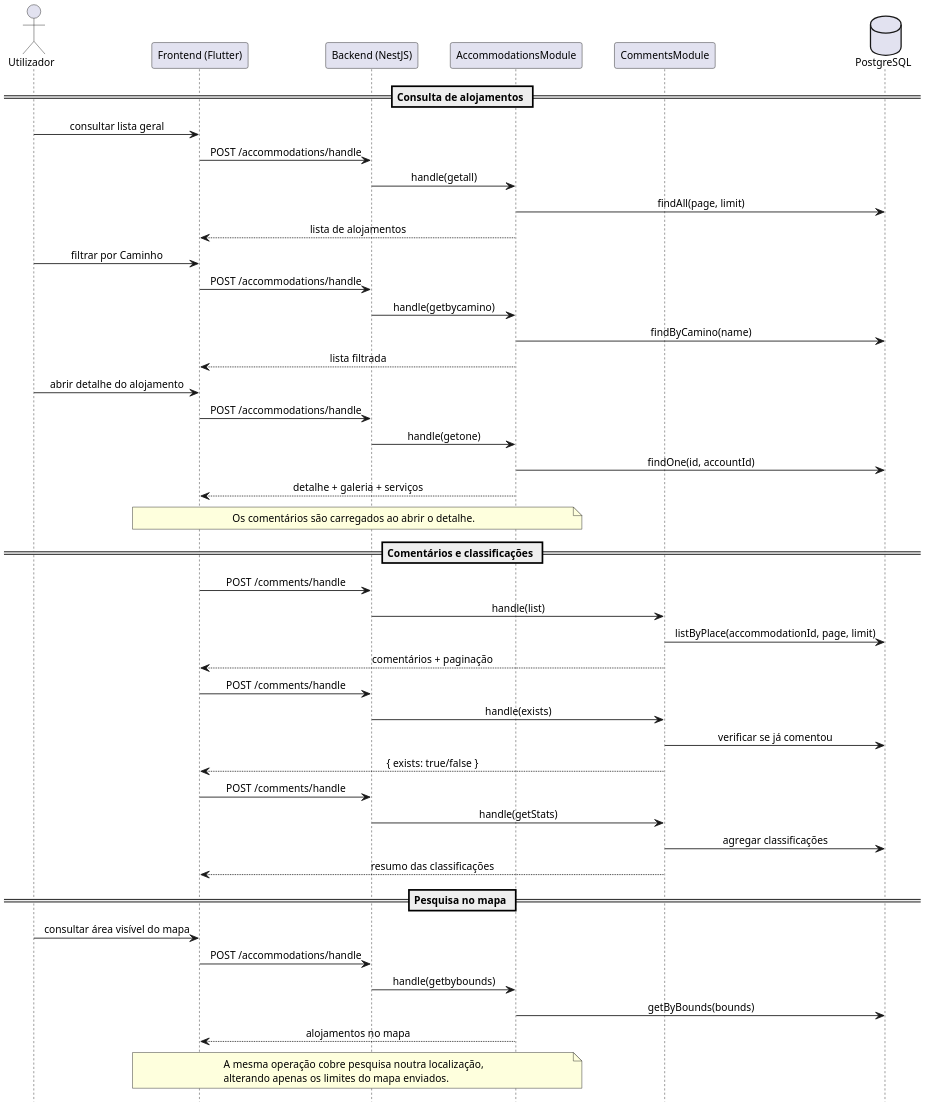
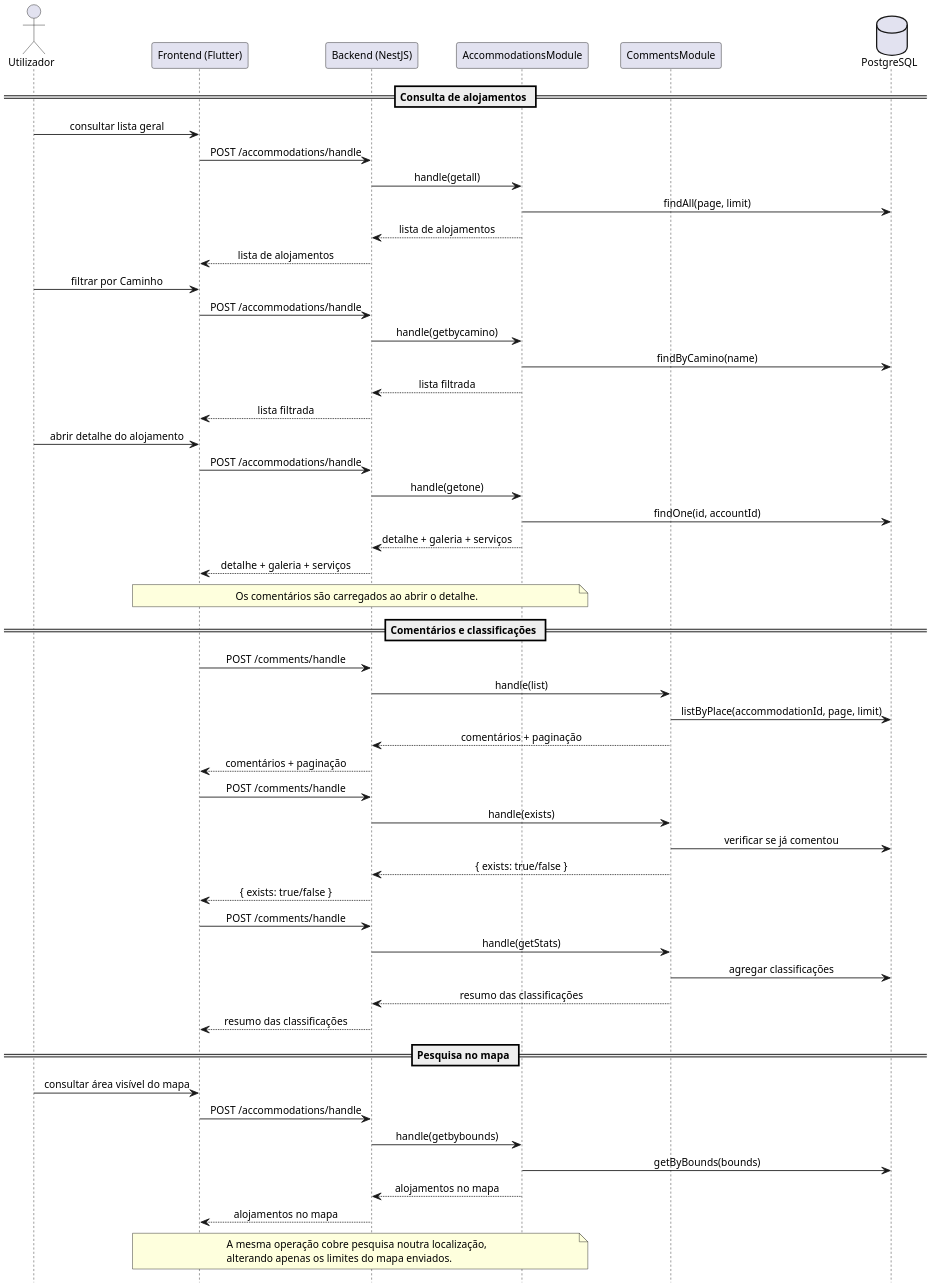
Before and after one commit to alegna83/cookbook-be: the diagram in docs/diagrams/communication-accommodation-flow.puml, drawn with PlantUML. The commit also changed 1 other file, not shown here.

Commit message:
communication-accommodation-flow

```diff
--- a/docs/diagrams/communication-accommodation-flow.puml
+++ b/docs/diagrams/communication-accommodation-flow.puml
@@ -1,75 +1,82 @@
 @startuml
 hide footbox
 skinparam defaultFontName Arial
 skinparam defaultFontSize 12
 skinparam dpi 190
 skinparam maxMessageSize 240
 skinparam sequence {
   ParticipantPadding 14
   BoxPadding 8
   MessageAlign center
   ArrowThickness 1
 }
 
 actor Utilizador
 participant "Frontend (Flutter)" as FE
 participant "Backend (NestJS)" as BE
 participant "AccommodationsModule" as AccommodationsModule
 participant "CommentsModule" as CommentsModule
 database "PostgreSQL" as DB
 
 == Consulta de alojamentos ==
 
 Utilizador -> FE : consultar lista geral
 FE -> BE : POST /accommodations/handle
 BE -> AccommodationsModule : handle(getall)
 AccommodationsModule -> DB : findAll(page, limit)
-AccommodationsModule --> FE : lista de alojamentos
+AccommodationsModule --> BE : lista de alojamentos
+BE --> FE : lista de alojamentos
 
 Utilizador -> FE : filtrar por Caminho
 FE -> BE : POST /accommodations/handle
 BE -> AccommodationsModule : handle(getbycamino)
 AccommodationsModule -> DB : findByCamino(name)
-AccommodationsModule --> FE : lista filtrada
+AccommodationsModule --> BE : lista filtrada
+BE --> FE : lista filtrada
 
 Utilizador -> FE : abrir detalhe do alojamento
 FE -> BE : POST /accommodations/handle
 BE -> AccommodationsModule : handle(getone)
 AccommodationsModule -> DB : findOne(id, accountId)
-AccommodationsModule --> FE : detalhe + galeria + serviços
+AccommodationsModule --> BE : detalhe + galeria + serviços
+BE --> FE : detalhe + galeria + serviços
 
 note over FE,AccommodationsModule
   Os comentários são carregados ao abrir o detalhe.
 end note
 
 == Comentários e classificações ==
 
 FE -> BE : POST /comments/handle
 BE -> CommentsModule : handle(list)
 CommentsModule -> DB : listByPlace(accommodationId, page, limit)
-CommentsModule --> FE : comentários + paginação
+CommentsModule --> BE : comentários + paginação
+BE --> FE : comentários + paginação
 
 FE -> BE : POST /comments/handle
 BE -> CommentsModule : handle(exists)
 CommentsModule -> DB : verificar se já comentou
-CommentsModule --> FE : { exists: true/false }
+CommentsModule --> BE : { exists: true/false }
+BE --> FE : { exists: true/false }
 
 FE -> BE : POST /comments/handle
 BE -> CommentsModule : handle(getStats)
 CommentsModule -> DB : agregar classificações
-CommentsModule --> FE : resumo das classificações
+CommentsModule --> BE : resumo das classificações
+BE --> FE : resumo das classificações
 
 == Pesquisa no mapa ==
 
 Utilizador -> FE : consultar área visível do mapa
 FE -> BE : POST /accommodations/handle
 BE -> AccommodationsModule : handle(getbybounds)
 AccommodationsModule -> DB : getByBounds(bounds)
-AccommodationsModule --> FE : alojamentos no mapa
+AccommodationsModule --> BE : alojamentos no mapa
+BE --> FE : alojamentos no mapa
 
 note over FE,AccommodationsModule
   A mesma operação cobre pesquisa noutra localização,
   alterando apenas os limites do mapa enviados.
 end note
 
 @enduml
```
